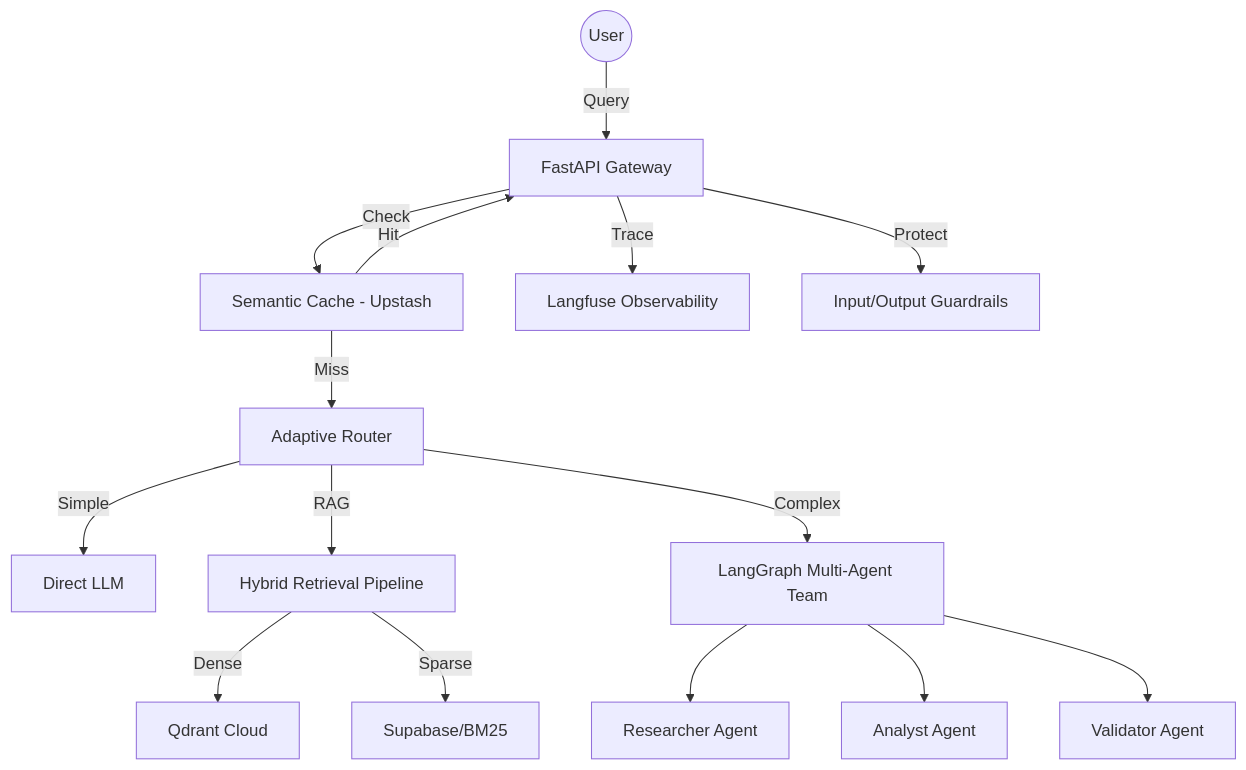
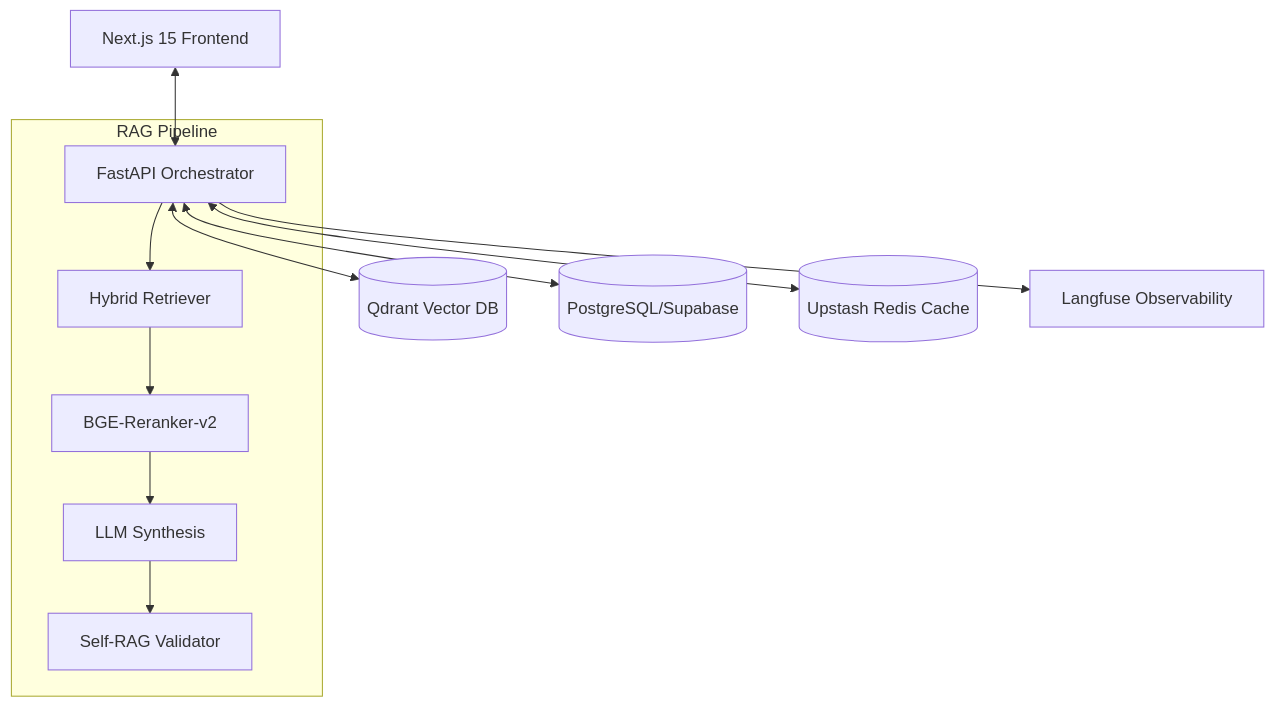
One commit to bellerophon95/nexus changed the diagram in README.md. Above: the diagram before and after it, drawn with Mermaid. The commit also changed other lines of this file, not shown here.

Commit message:
docs: overhaul root README with technical architecture and observability sections

````diff
--- a/README.md
+++ b/README.md
@@ -38,21 +11,15 @@
 ```mermaid
 graph TD
-    User((User)) -->|Query| API[FastAPI Gateway]
-    API -->|Check| Cache[Semantic Cache - Upstash]
-    Cache -- Hit --> API
-    Cache -- Miss --> Router[Adaptive Router]
+    Client[Next.js 15 Frontend] <--> API[FastAPI Orchestrator]
+    API <--> Qdrant[(Qdrant Vector DB)]
+    API <--> Supabase[(PostgreSQL/Supabase)]
+    API <--> Redis[(Upstash Redis Cache)]
+    API --> Langfuse[Langfuse Observability]
     
-    Router -->|Simple| LLM[Direct LLM]
-    Router -->|RAG| Retrieval[Hybrid Retrieval Pipeline]
-    Router -->|Complex| Agents[LangGraph Multi-Agent Team]
-    
-    Retrieval -->|Dense| Qdrant[Qdrant Cloud]
-    Retrieval -->|Sparse| BM25[Supabase/BM25]
-    
-    Agents --> Researcher[Researcher Agent]
-    Agents --> Analyst[Analyst Agent]
-    Agents --> Validator[Validator Agent]
-    
-    API -->|Trace| Langfuse[Langfuse Observability]
-    API -->|Protect| Guard[Input/Output Guardrails]
+    subgraph "RAG Pipeline"
+        API --> Retriever[Hybrid Retriever]
+        Retriever --> Reranker[BGE-Reranker-v2]
+        Reranker --> Analyst[LLM Synthesis]
+        Analyst --> Validator[Self-RAG Validator]
+    end
 ```
````
